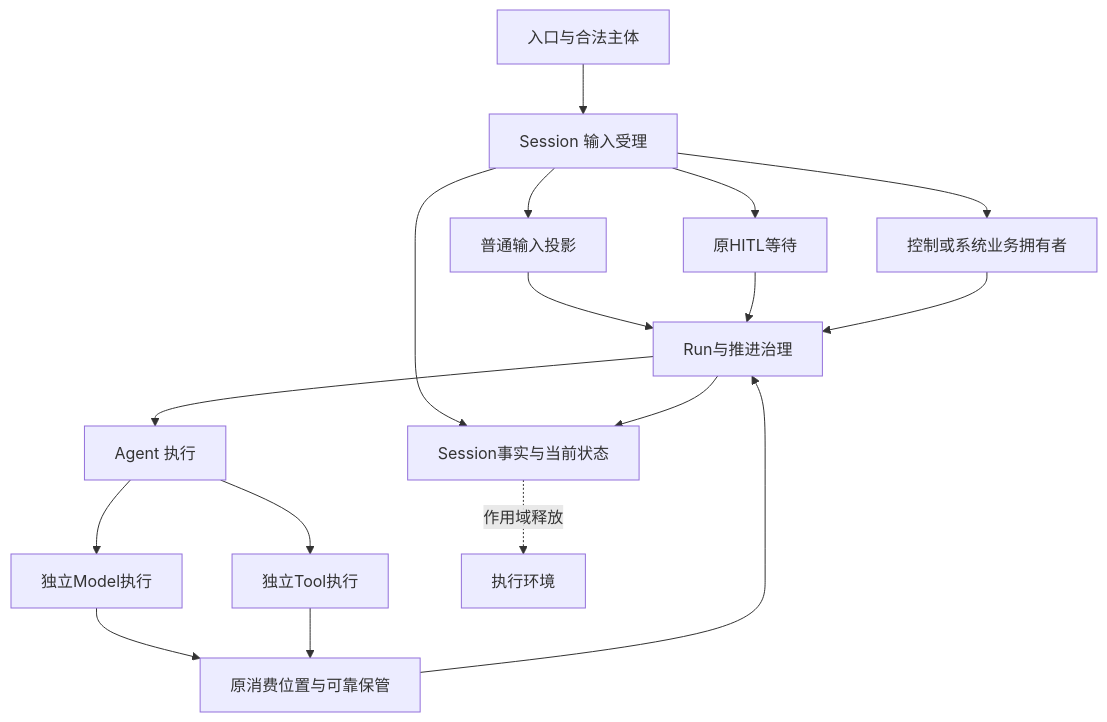
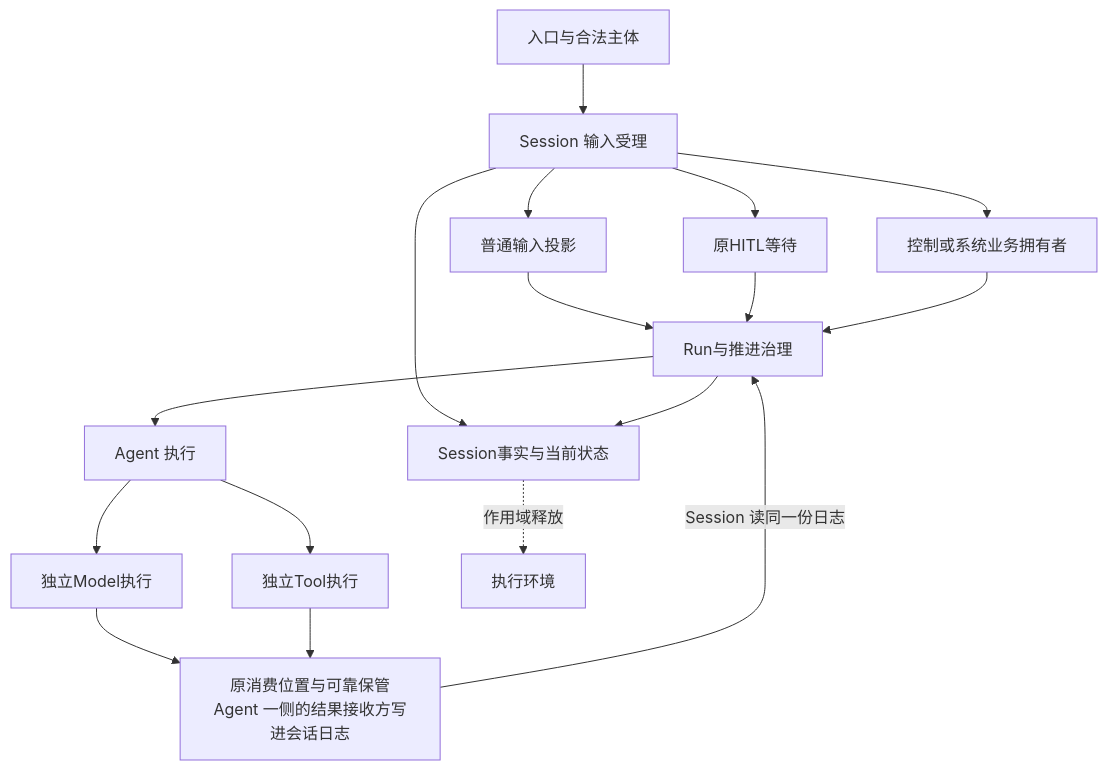
One commit to nemori-ai/omne-harness-lite changed the diagram in docs/domains/sessions-and-work/architecture.md. Above: the diagram before and after it, drawn with Mermaid. The commit also changed 22 other files, not shown here.

First line of the commit message:
docs(agents): 根入口加两张最简图与心智模型要点，心智模型做成技能 domain-mental-models（#1211）

````diff
--- a/docs/domains/sessions-and-work/architecture.md
+++ b/docs/domains/sessions-and-work/architecture.md
@@ -25,19 +25,19 @@
 ```mermaid
 flowchart TD
     I[入口与合法主体] --> A[Session 输入受理]
     A --> S[Session事实与当前状态]
     A --> Q[普通输入投影]
     A --> H[原HITL等待]
     A --> C[控制或系统业务拥有者]
     Q --> G[Run与推进治理]
     H --> G
     G --> E[Agent 执行]
     E --> M[独立Model执行]
     E --> T[独立Tool执行]
-    M --> R[原消费位置与可靠保管]
+    M --> R[原消费位置与可靠保管<br/>Agent 一侧的结果接收方写进会话日志]
     T --> R
-    R --> G
+    R -->|Session 读同一份日志| G
     C --> G
     G --> S
     S -. 作用域释放 .-> X[执行环境]
 ```
````
